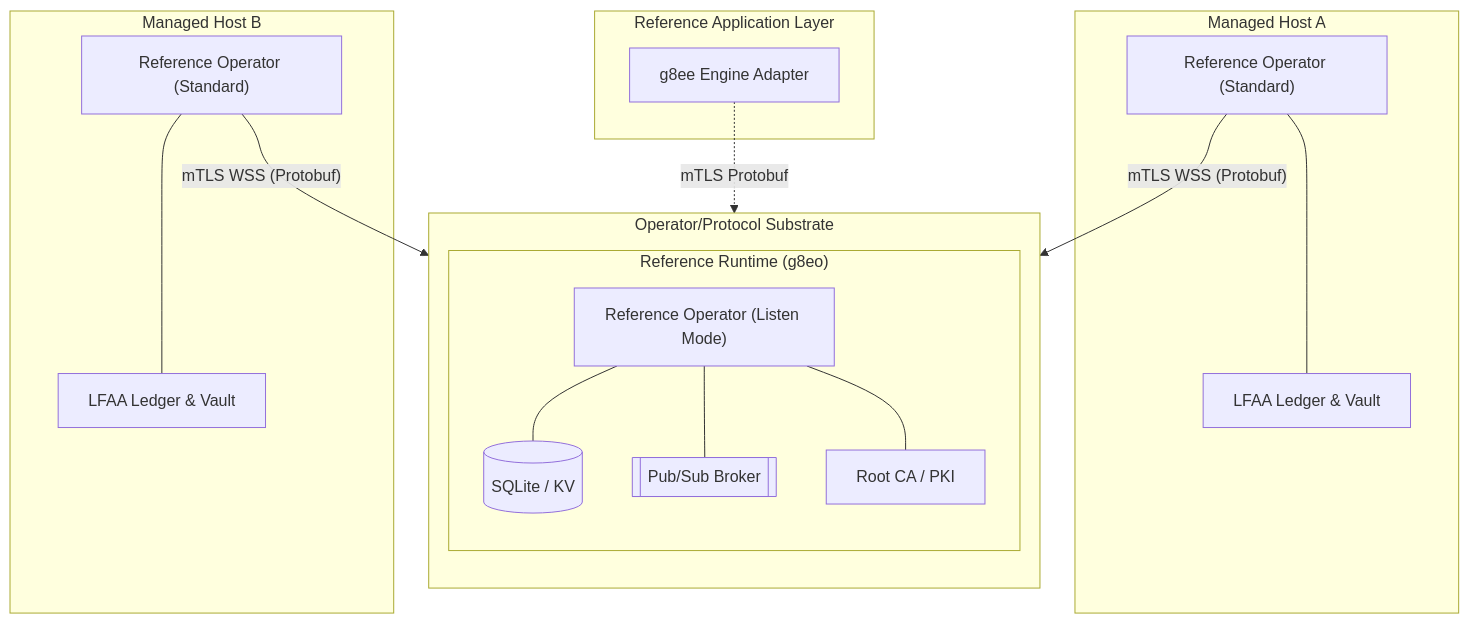
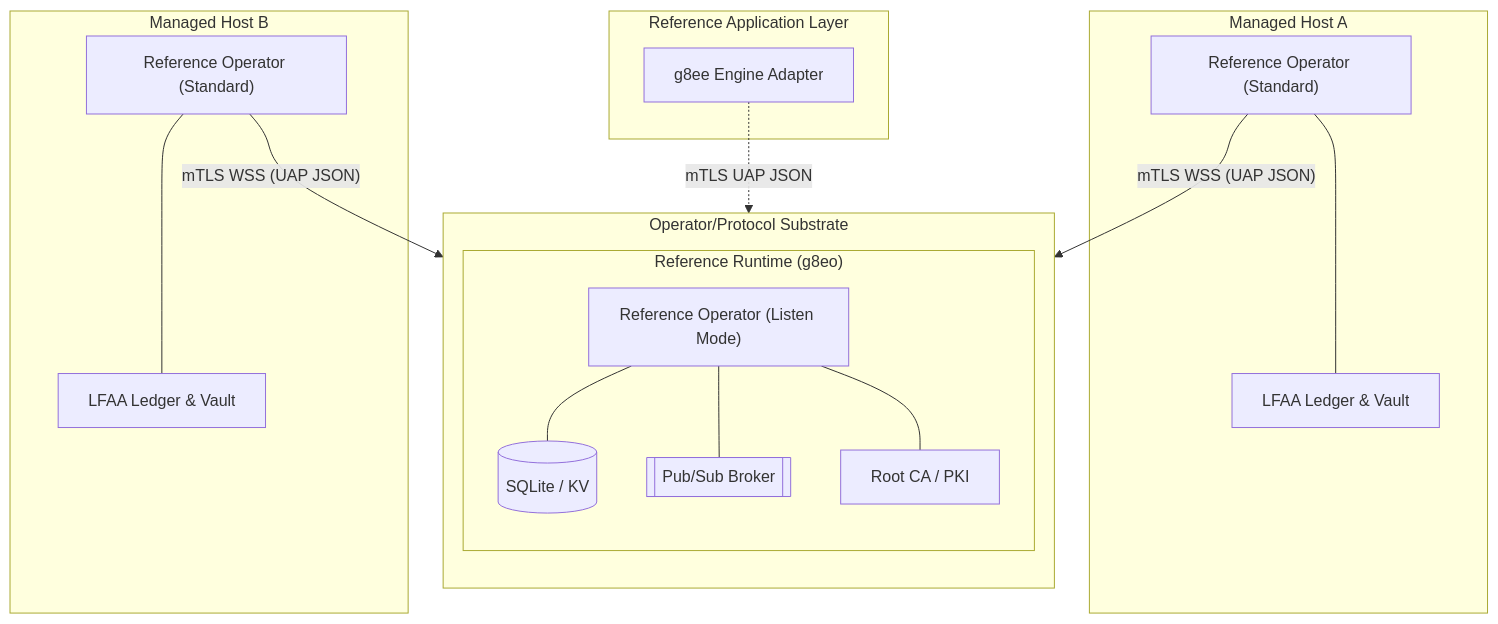
Before and after one commit to g8e-ai/g8e: the diagram in docs/architecture/operator.md, drawn with Mermaid. The commit also changed other lines of this file and 13 other files, not shown here.

````diff
--- a/docs/architecture/operator.md
+++ b/docs/architecture/operator.md
@@ -32,33 +32,33 @@
 ```mermaid
 flowchart TD
     subgraph Hub ["Operator/Protocol Substrate"]
         direction TB
         subgraph Persistence ["Reference Runtime (g8eo)"]
             listen["Reference Operator (Listen Mode)"]
             db[("SQLite / KV")]
             ps[["Pub/Sub Broker"]]
             ca["Root CA / PKI"]
             
             listen --- db
             listen --- ps
             listen --- ca
         end
     end
 
     subgraph Apps ["Reference Application Layer"]
         g8ee["g8ee Engine Adapter"]
     end
 
-    g8ee -. "mTLS Protobuf" .-> listen
+    g8ee -. "mTLS UAP JSON" .-> listen
 
     subgraph EP_A ["Managed Host A"]
         OPA["Reference Operator (Standard)"] --- LFAA_A["LFAA Ledger & Vault"]
     end
 
     subgraph EP_B ["Managed Host B"]
         OPB["Reference Operator (Standard)"] --- LFAA_B["LFAA Ledger & Vault"]
     end
 
-    OPA -- "mTLS WSS (Protobuf)" --> listen
-    OPB -- "mTLS WSS (Protobuf)" --> listen
+    OPA -- "mTLS WSS (UAP JSON)" --> listen
+    OPB -- "mTLS WSS (UAP JSON)" --> listen
 ```
````
